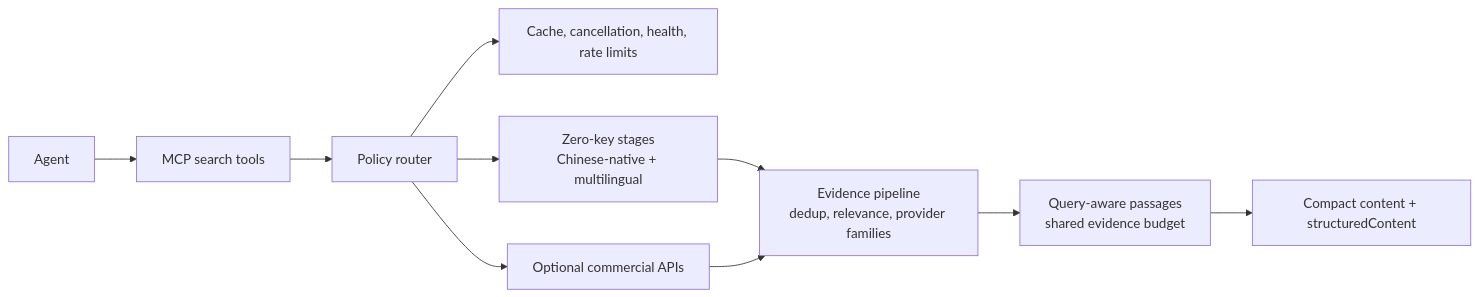
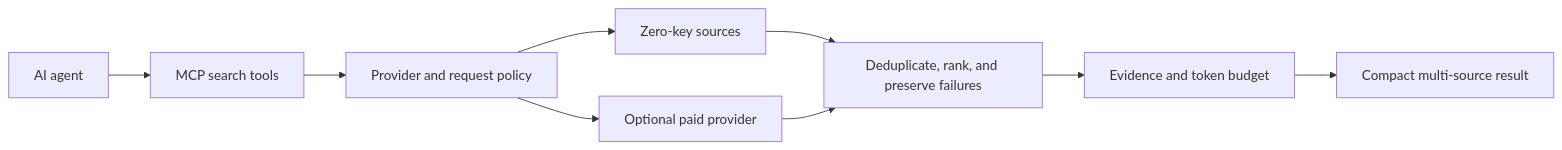
One commit to lennney/agent-search-mcp changed the diagram in README.md. Above: the diagram before and after it, drawn with Mermaid. The commit also changed other lines of this file and 9 other files, not shown here.

````diff
--- a/README.md
+++ b/README.md
@@ -41,12 +93,11 @@
 ```mermaid
 flowchart LR
-    A["Agent"] --> T["MCP search tools"]
-    T --> P["Policy router"]
-    P --> C["Cache, cancellation, health, rate limits"]
-    P --> Z["Zero-key stages<br/>Chinese-native + multilingual"]
-    P --> O["Optional commercial APIs"]
-    Z --> E["Evidence pipeline<br/>dedup, relevance, provider families"]
+    A["AI agent"] --> M["MCP search tools"]
+    M --> P["Provider and request policy"]
+    P --> F["Zero-key sources"]
+    P --> O["Optional paid provider"]
+    F --> E["Deduplicate, rank, and preserve failures"]
     O --> E
-    E --> B["Query-aware passages<br/>shared evidence budget"]
-    B --> R["Compact content + structuredContent"]
+    E --> B["Evidence and token budget"]
+    B --> R["Compact multi-source result"]
 ```
````
